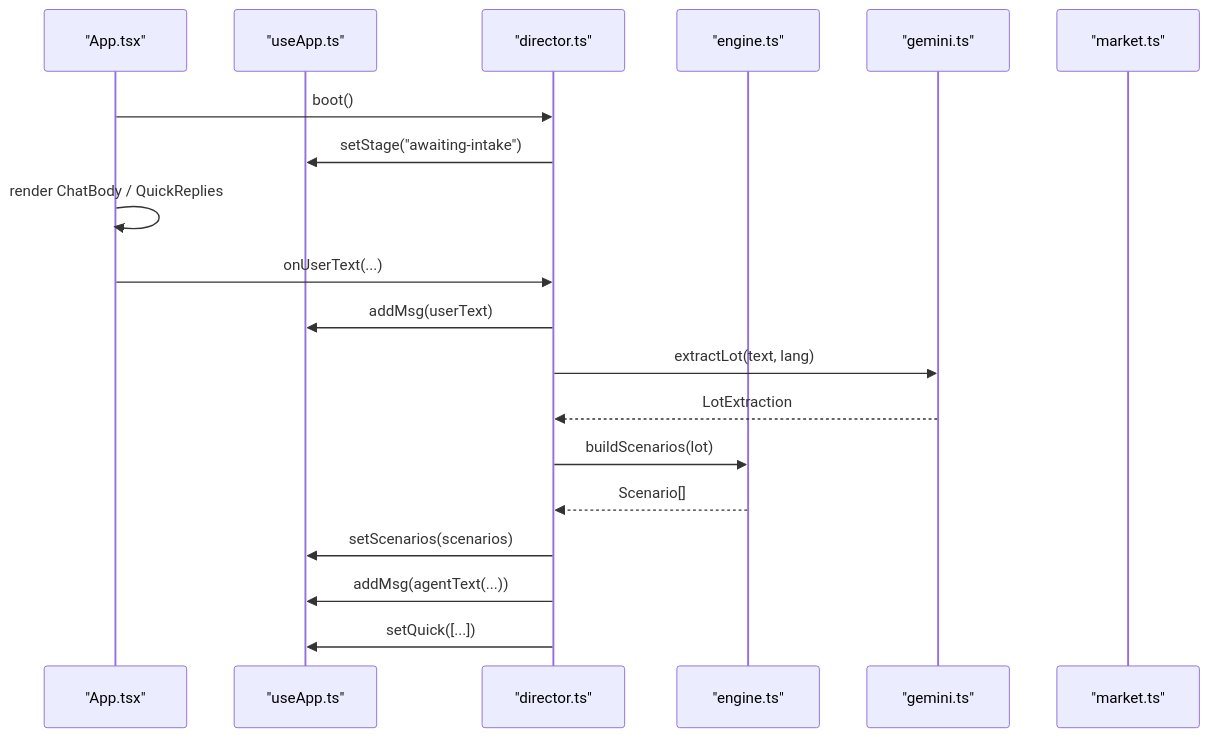
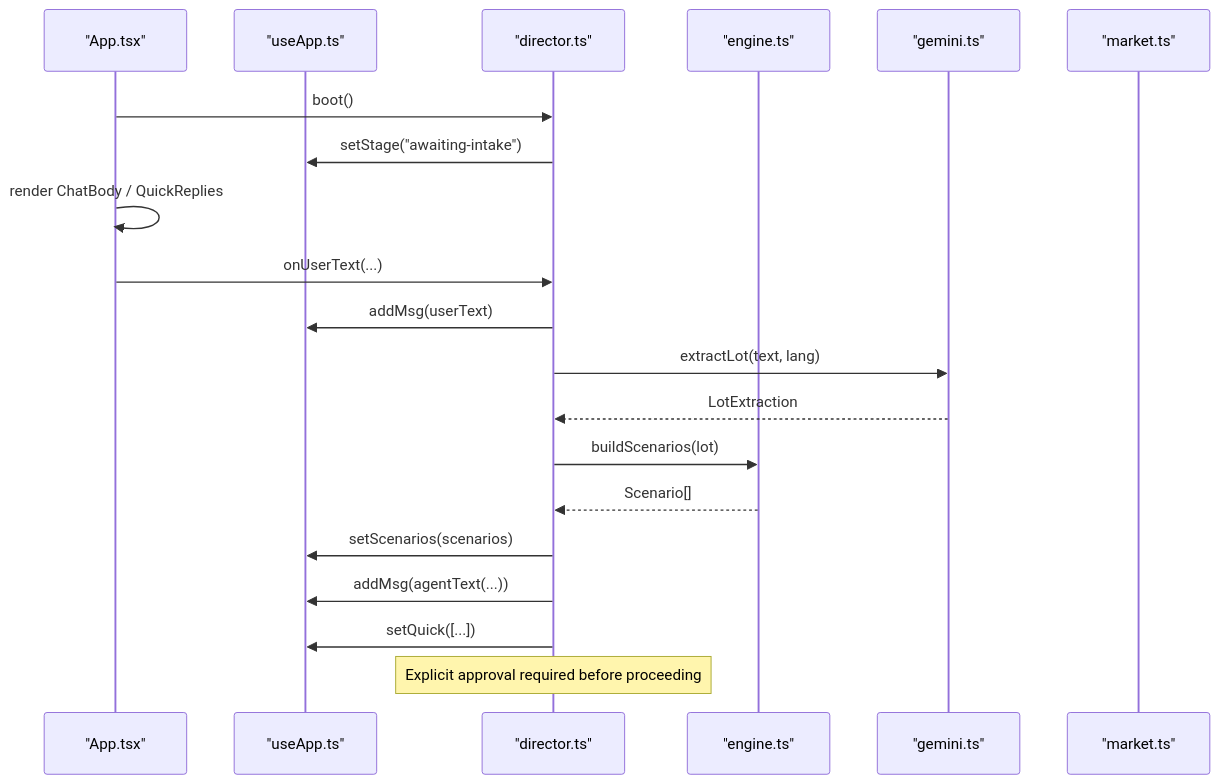
The second of 7 diagrams in .qoder/repowiki/en/content/State Management.md (MudassarAbrar/FreshRoute-Ai), drawn with Mermaid before and after one commit. The commit also changed other lines of this file and 179 other files, not shown here.

````diff
--- a/.qoder/repowiki/en/content/State Management.md
+++ b/.qoder/repowiki/en/content/State Management.md
@@ -84,21 +93,22 @@
 ```mermaid
 sequenceDiagram
 participant UI as "App.tsx"
 participant Store as "useApp.ts"
 participant Dir as "director.ts"
 participant Eng as "engine.ts"
 participant AI as "gemini.ts"
 participant Data as "market.ts"
 UI->>Dir : boot()
 Dir->>Store : setStage("awaiting-intake")
 UI->>UI : render ChatBody / QuickReplies
 UI->>Dir : onUserText(...)
 Dir->>Store : addMsg(userText)
 Dir->>AI : extractLot(text, lang)
 AI-->>Dir : LotExtraction
 Dir->>Eng : buildScenarios(lot)
 Eng-->>Dir : Scenario[]
 Dir->>Store : setScenarios(scenarios)
 Dir->>Store : addMsg(agentText(...))
 Dir->>Store : setQuick([...])
+Note over Dir : Explicit approval required before proceeding
 ```
````
